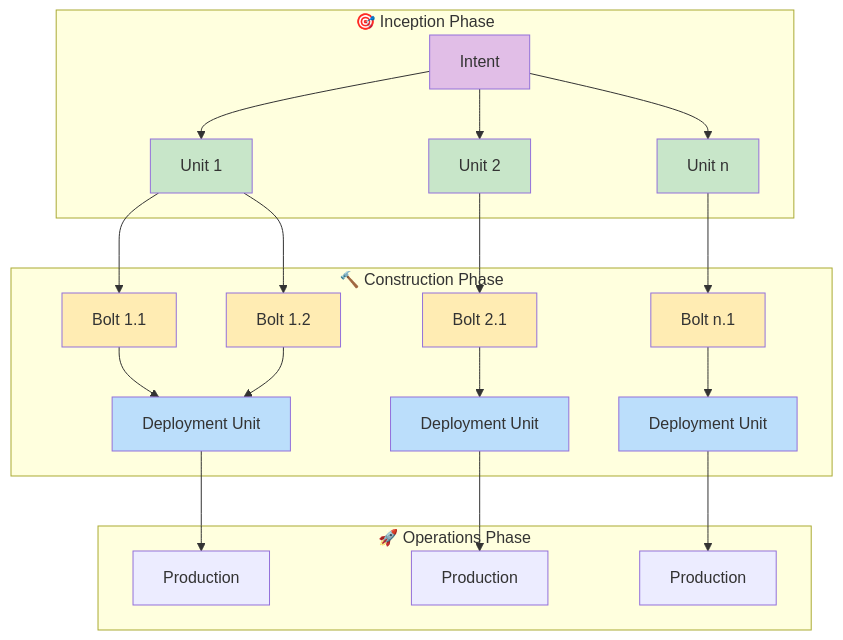
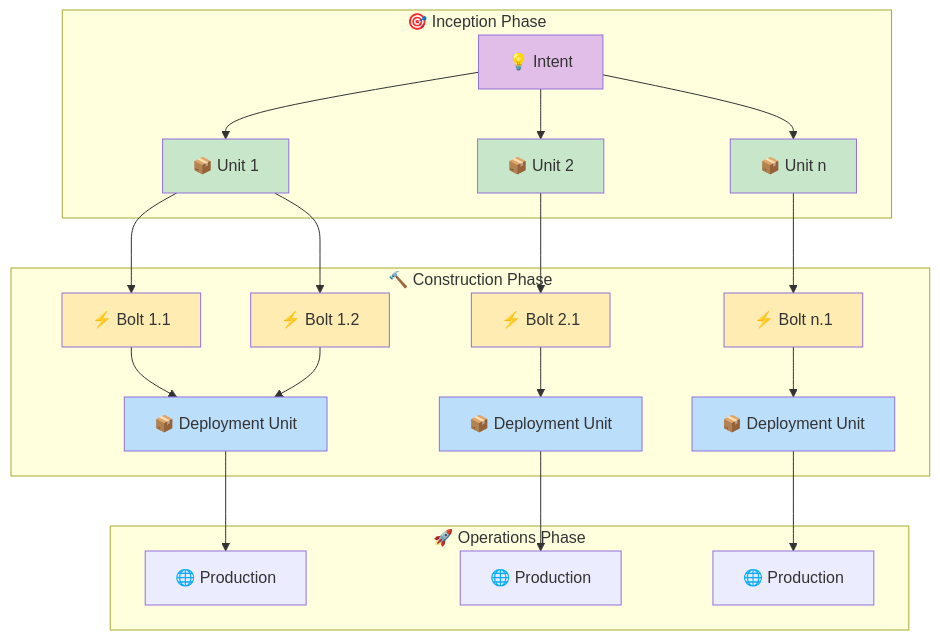
One commit to TheBushidoCollective/han changed the fifth of 10 diagrams in website/content/papers/ai-dlc-2026.md. Above: the diagram before and after it, drawn with Mermaid. The commit also changed other lines of this file, not shown here.

First line of the commit message:
feat(website): add emojis to Core Framework diagrams

````diff
--- a/website/content/papers/ai-dlc-2026.md
+++ b/website/content/papers/ai-dlc-2026.md
@@ -379,38 +379,38 @@
 ```mermaid
 graph TB
     subgraph "🎯 Inception Phase"
-        I[Intent] --> U1[Unit 1]
-        I --> U2[Unit 2]
-        I --> Un[Unit n]
+        I["💡 Intent"] --> U1["📦 Unit 1"]
+        I --> U2["📦 Unit 2"]
+        I --> Un["📦 Unit n"]
     end
 
     subgraph "🔨 Construction Phase"
-        U1 --> B1[Bolt 1.1]
-        U1 --> B2[Bolt 1.2]
-        U2 --> B3[Bolt 2.1]
-        Un --> Bn[Bolt n.1]
+        U1 --> B1["⚡ Bolt 1.1"]
+        U1 --> B2["⚡ Bolt 1.2"]
+        U2 --> B3["⚡ Bolt 2.1"]
+        Un --> Bn["⚡ Bolt n.1"]
 
-        B1 --> D1[Deployment Unit]
+        B1 --> D1["📦 Deployment Unit"]
         B2 --> D1
-        B3 --> D2[Deployment Unit]
-        Bn --> Dn[Deployment Unit]
+        B3 --> D2["📦 Deployment Unit"]
+        Bn --> Dn["📦 Deployment Unit"]
     end
 
     subgraph "🚀 Operations Phase"
-        D1 --> P1[Production]
-        D2 --> P2[Production]
-        Dn --> Pn[Production]
+        D1 --> P1["🌐 Production"]
+        D2 --> P2["🌐 Production"]
+        Dn --> Pn["🌐 Production"]
     end
 
     style I fill:#e1bee7
     style U1 fill:#c8e6c9
     style U2 fill:#c8e6c9
     style Un fill:#c8e6c9
     style B1 fill:#ffecb3
     style B2 fill:#ffecb3
     style B3 fill:#ffecb3
     style Bn fill:#ffecb3
     style D1 fill:#bbdefb
     style D2 fill:#bbdefb
     style Dn fill:#bbdefb
 ```
````
